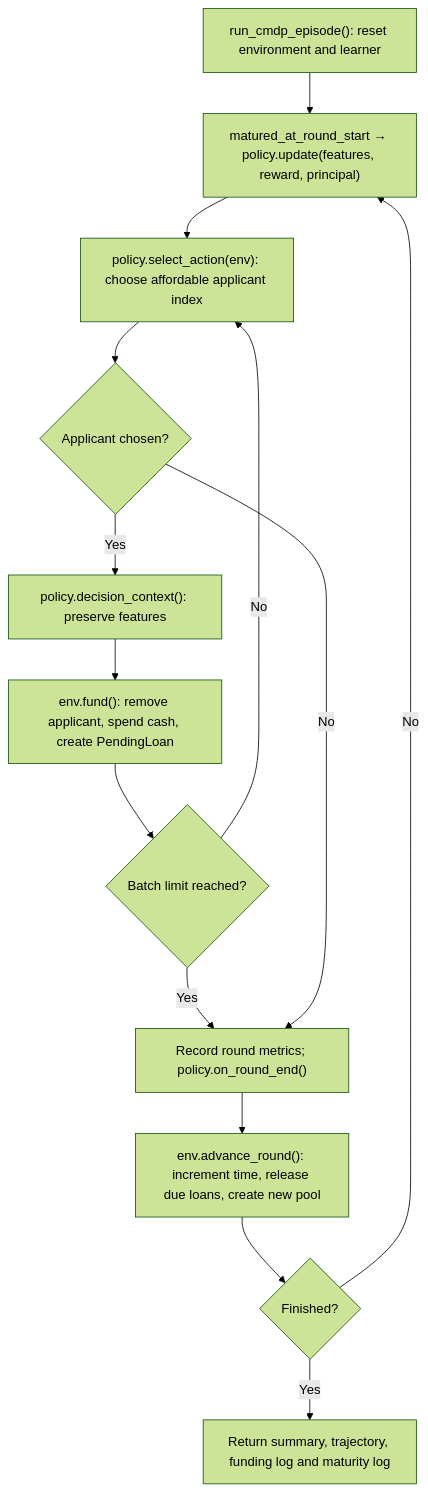
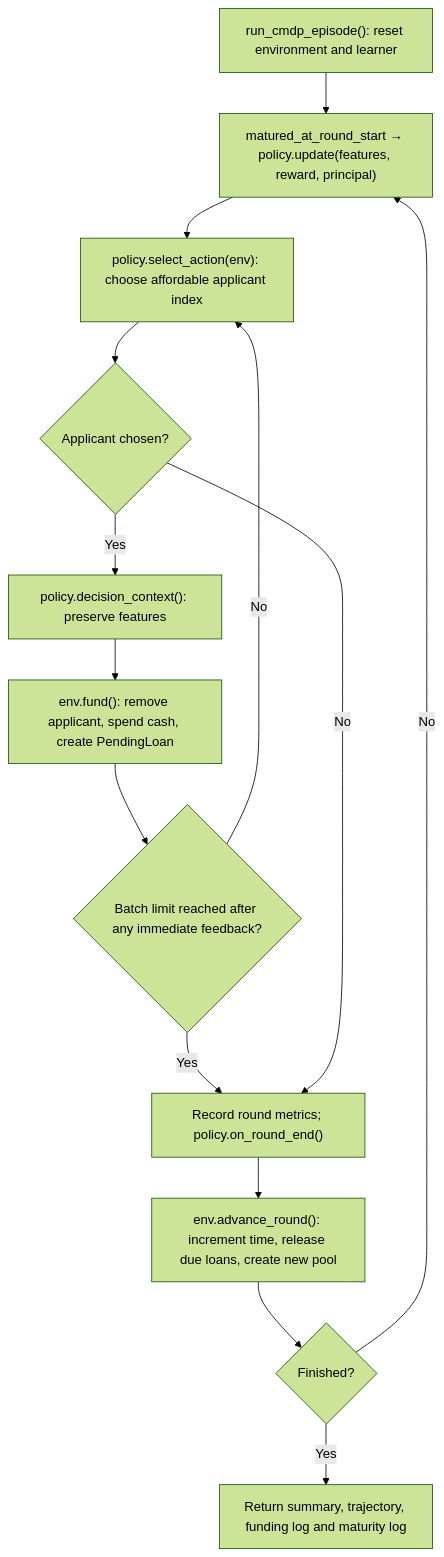
One commit to Shuniy/FairBudgetedMicrofinanceAllocation changed the fourth of 6 diagrams in README.md. Above: the diagram before and after it, drawn with Mermaid (forest theme). The commit also changed other lines of this file and 18 other files, not shown here.

````diff
--- a/README.md
+++ b/README.md
@@ -357,16 +361,16 @@
 ```mermaid
 flowchart TD
     A["run_cmdp_episode(): reset environment and learner"] --> B["matured_at_round_start → policy.update(features, reward, principal)"]
     B --> C["policy.select_action(env): choose affordable applicant index"]
     C --> D{"Applicant chosen?"}
     D -->|Yes| E["policy.decision_context(): preserve features"]
     E --> F["env.fund(): remove applicant, spend cash, create PendingLoan"]
-    F --> G{"Batch limit reached?"}
+    F --> G{"Batch limit reached after any immediate feedback?"}
     G -->|No| C
     G -->|Yes| H["Record round metrics; policy.on_round_end()"]
     D -->|No| H
     H --> I["env.advance_round(): increment time, release due loans, create new pool"]
     I --> J{"Finished?"}
     J -->|No| B
     J -->|Yes| K["Return summary, trajectory, funding log and maturity log"]
 ```
````
